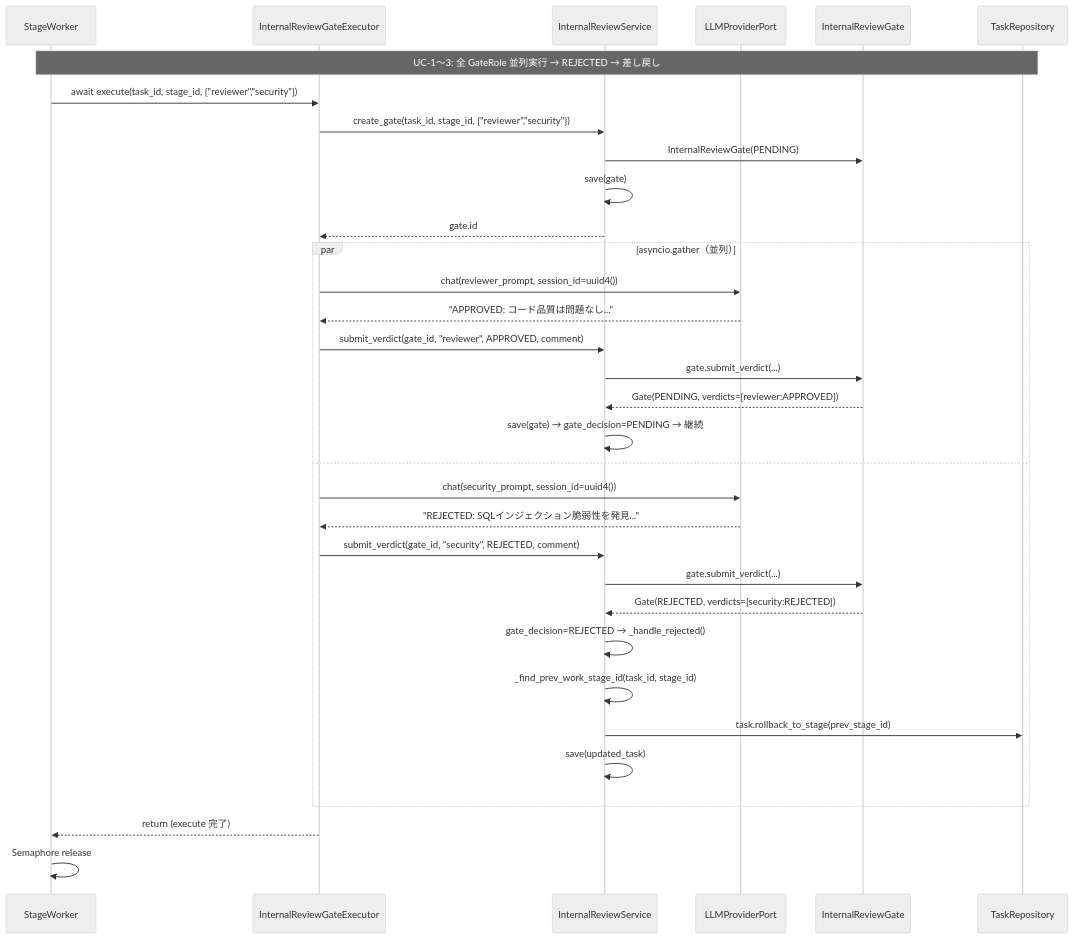
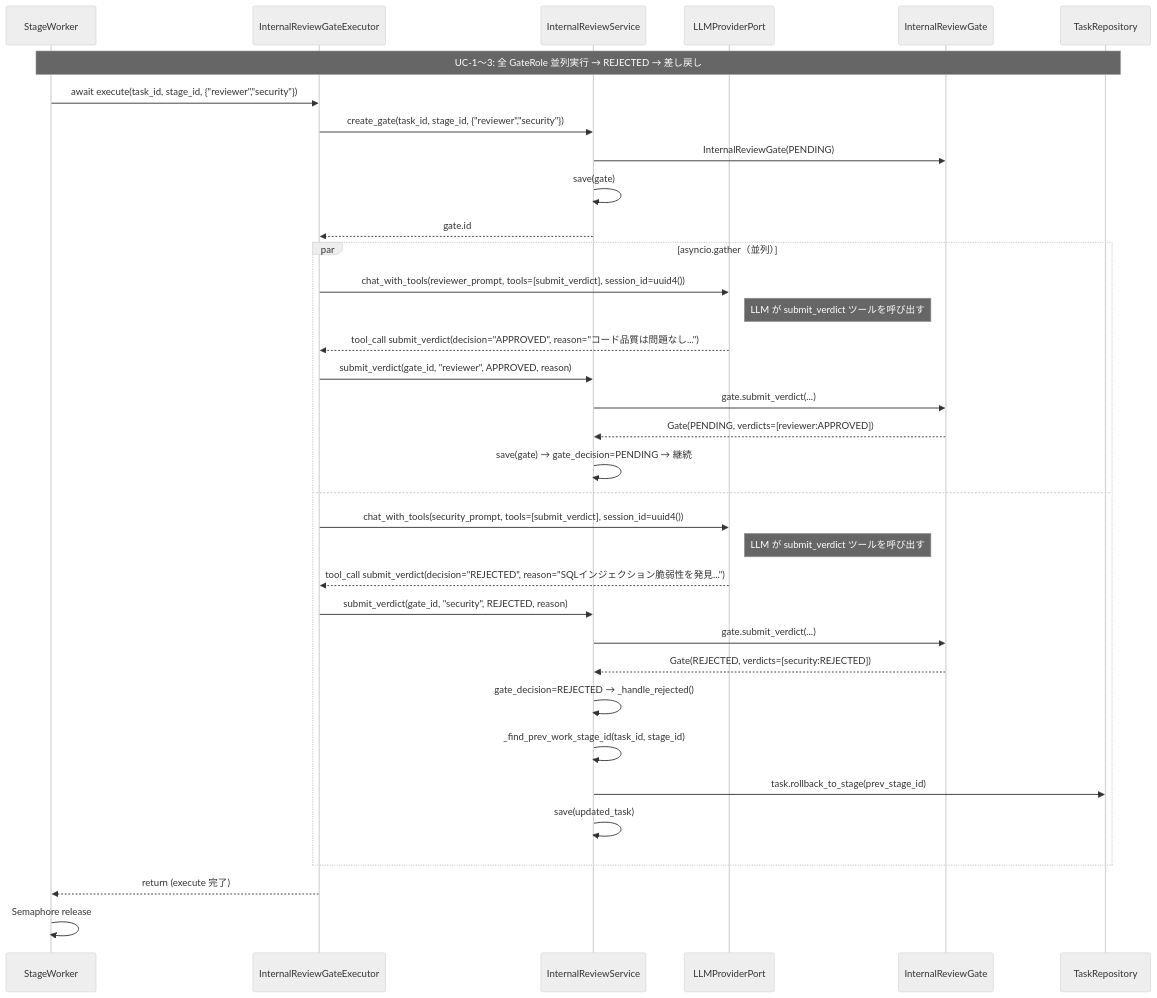
Before and after one commit to bakufu-dev/bakufu: the second of 2 diagrams in docs/features/internal-review-gate/application/basic-design.md, drawn with Mermaid (neutral theme). The commit also changed other lines of this file and 1 other file, not shown here.

Commit message:
docs(M5-B): §確定Dをツール呼び出し登録方式に全面改訂（ジェンセン決定）
【変更内容】
- §確定D: テキスト解析（正規表現）廃止 → LLMツール呼び出し方式に全面改訂
  - [LLM tool] submit_verdict(decision: "APPROVED"|"REJECTED", reason: str) ツール定義を凍結
  - 判定取得フロー（chat_with_tools → ツール呼び出し確認 → 再指示ロジック → リトライ超過REJECTED）を凍結
  - MAX_TOOL_RETRIES=2（最大3回LLM呼び出し）、リトライ超過はambiguous→REJECTED
  - LLMProviderPortへの影響: chat()変更なし / chat_with_tools()をM5-Bで追加
  - _parse_verdict_decision() メソッド廃止
- §確定E プロンプト構造: 「1行目: APPROVED/REJECTED」→「必ずsubmit_verdictツールを呼び出せ」に変更
- classDiagram: _parse_verdict_decision削除 / MAX_TOOL_RETRIES追加（detailed+basic両ファイル）
- basic-design.md シーケンス図: chat()→chat_with_tools() / テキスト応答→tool_call表記に整合
- basic-design.md 処理フロー: _parse_verdict_decision()参照を削除しツール方式に整合

````diff
--- a/docs/features/internal-review-gate/application/basic-design.md
+++ b/docs/features/internal-review-gate/application/basic-design.md
@@ -182,39 +182,41 @@
 ```mermaid
 sequenceDiagram
     participant StageWorker as StageWorker
     participant Executor as InternalReviewGateExecutor
     participant ReviewSvc as InternalReviewService
     participant LLM as LLMProviderPort
     participant Gate as InternalReviewGate
     participant TaskRepo as TaskRepository
 
     Note over StageWorker,TaskRepo: UC-1〜3: 全 GateRole 並列実行 → REJECTED → 差し戻し
 
     StageWorker->>Executor: await execute(task_id, stage_id, {"reviewer","security"})
     Executor->>ReviewSvc: create_gate(task_id, stage_id, {"reviewer","security"})
     ReviewSvc->>Gate: InternalReviewGate(PENDING)
     ReviewSvc->>ReviewSvc: save(gate)
     ReviewSvc-->>Executor: gate.id
 
     par asyncio.gather（並列）
-        Executor->>LLM: chat(reviewer_prompt, session_id=uuid4())
-        LLM-->>Executor: "APPROVED: コード品質は問題なし..."
-        Executor->>ReviewSvc: submit_verdict(gate_id, "reviewer", APPROVED, comment)
+        Executor->>LLM: chat_with_tools(reviewer_prompt, tools=[submit_verdict], session_id=uuid4())
+        Note right of LLM: LLM が submit_verdict ツールを呼び出す
+        LLM-->>Executor: tool_call submit_verdict(decision="APPROVED", reason="コード品質は問題なし...")
+        Executor->>ReviewSvc: submit_verdict(gate_id, "reviewer", APPROVED, reason)
         ReviewSvc->>Gate: gate.submit_verdict(...)
         Gate-->>ReviewSvc: Gate(PENDING, verdicts=[reviewer:APPROVED])
         ReviewSvc->>ReviewSvc: save(gate) → gate_decision=PENDING → 継続
     and
-        Executor->>LLM: chat(security_prompt, session_id=uuid4())
-        LLM-->>Executor: "REJECTED: SQLインジェクション脆弱性を発見..."
-        Executor->>ReviewSvc: submit_verdict(gate_id, "security", REJECTED, comment)
+        Executor->>LLM: chat_with_tools(security_prompt, tools=[submit_verdict], session_id=uuid4())
+        Note right of LLM: LLM が submit_verdict ツールを呼び出す
+        LLM-->>Executor: tool_call submit_verdict(decision="REJECTED", reason="SQLインジェクション脆弱性を発見...")
+        Executor->>ReviewSvc: submit_verdict(gate_id, "security", REJECTED, reason)
         ReviewSvc->>Gate: gate.submit_verdict(...)
         Gate-->>ReviewSvc: Gate(REJECTED, verdicts=[security:REJECTED])
         ReviewSvc->>ReviewSvc: gate_decision=REJECTED → _handle_rejected()
         ReviewSvc->>ReviewSvc: _find_prev_work_stage_id(task_id, stage_id)
         ReviewSvc->>TaskRepo: task.rollback_to_stage(prev_stage_id)
         ReviewSvc->>ReviewSvc: save(updated_task)
     end
 
     Executor-->>StageWorker: return (execute 完了)
     StageWorker->>StageWorker: Semaphore release
 ```
````
